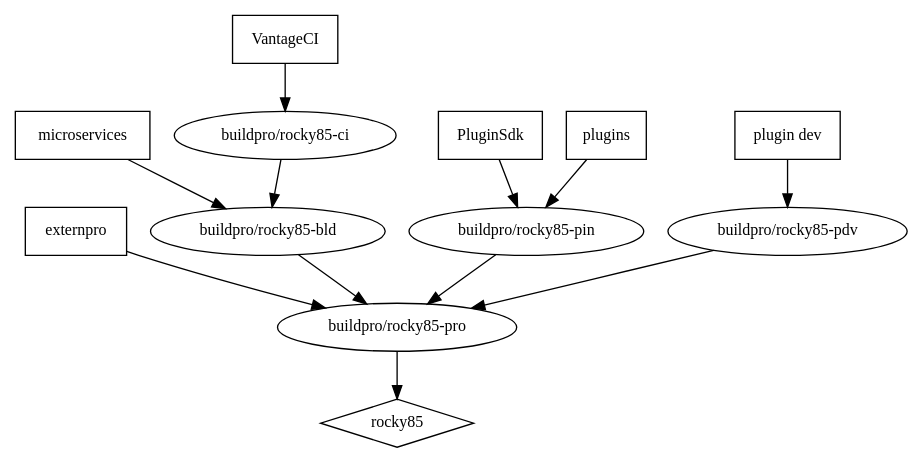
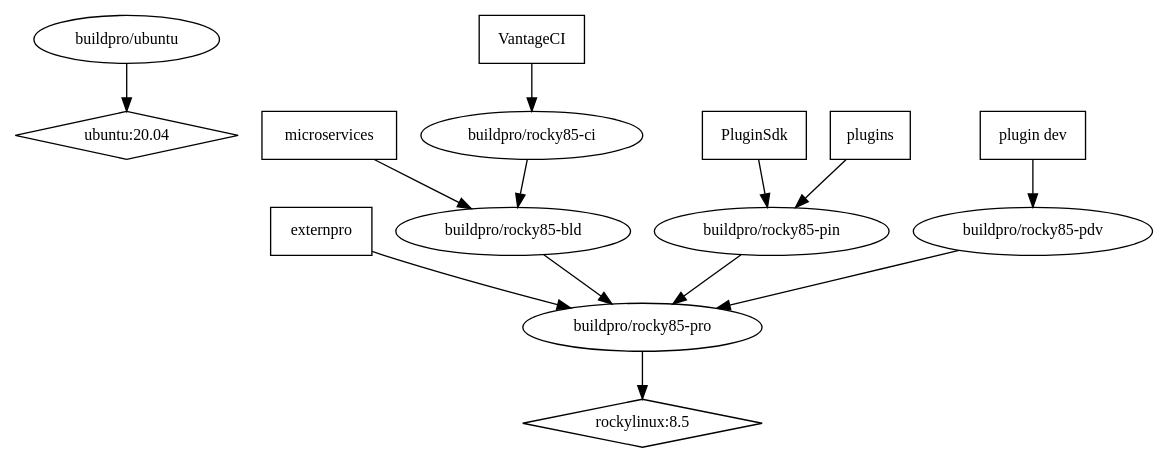
One commit to externpro/externpro changed the diagram in graph/graph.dot. Above: the diagram before and after it, drawn with Graphviz.

Commit message:
graph: introducing ubuntu
dot -Tpng -ograph.png graph.dot
issue https://github.com/externpro/buildpro/issues/97

```diff
--- a/graph/graph.dot
+++ b/graph/graph.dot
@@ -1,21 +1,23 @@
 digraph GG {
   node [fontsize=12];
-  "rocky85" [shape=diamond];
+  "ubuntu:20.04" [shape=diamond];
+  "rockylinux:8.5" [shape=diamond];
   "externpro" [shape=box];
   "PluginSdk" [shape=box];
   "plugins" [shape=box];
   "plugin dev" [shape=box];
   "microservices" [shape=box];
   "VantageCI" [shape=box];
-  "buildpro/rocky85-pro" -> "rocky85";
+  "buildpro/rocky85-pro" -> "rockylinux:8.5";
   "buildpro/rocky85-bld" -> "buildpro/rocky85-pro";
   "buildpro/rocky85-pin" -> "buildpro/rocky85-pro";
   "buildpro/rocky85-pdv" -> "buildpro/rocky85-pro";
   "buildpro/rocky85-ci" -> "buildpro/rocky85-bld";
+  "buildpro/ubuntu" -> "ubuntu:20.04";
   "externpro" -> "buildpro/rocky85-pro";
   "PluginSdk" -> "buildpro/rocky85-pin";
   "plugins" -> "buildpro/rocky85-pin";
   "plugin dev" -> "buildpro/rocky85-pdv";
   "microservices" -> "buildpro/rocky85-bld";
   "VantageCI" -> "buildpro/rocky85-ci";
 }
```
